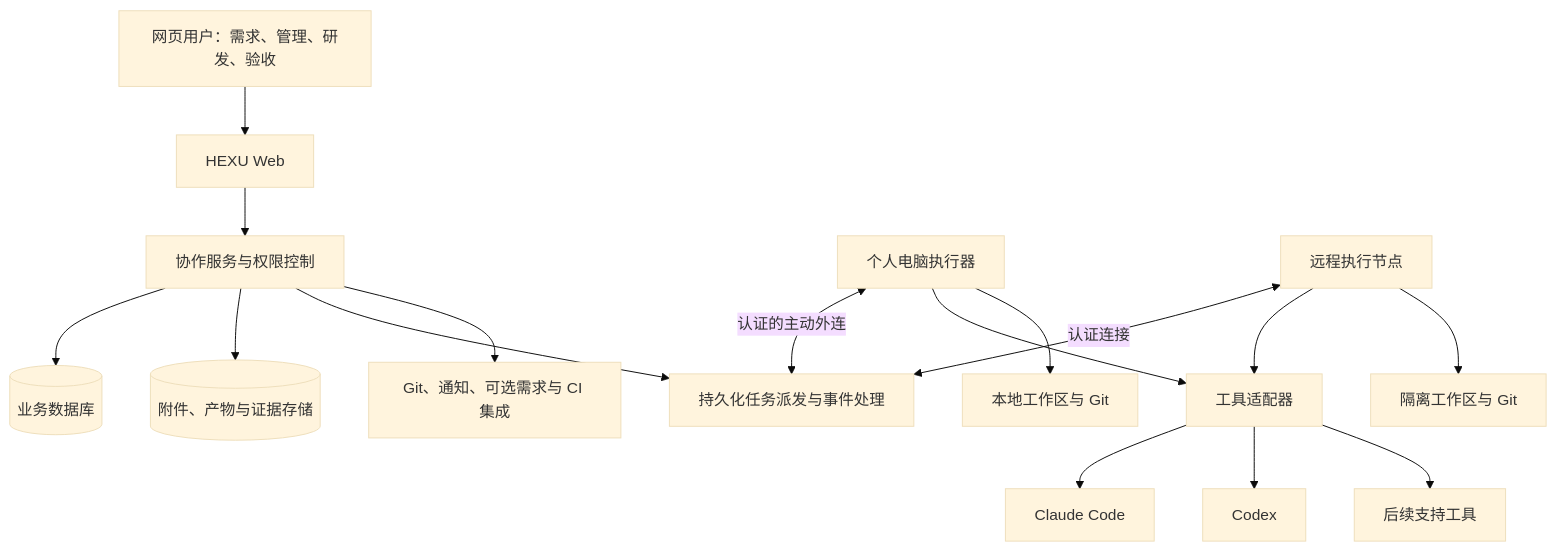
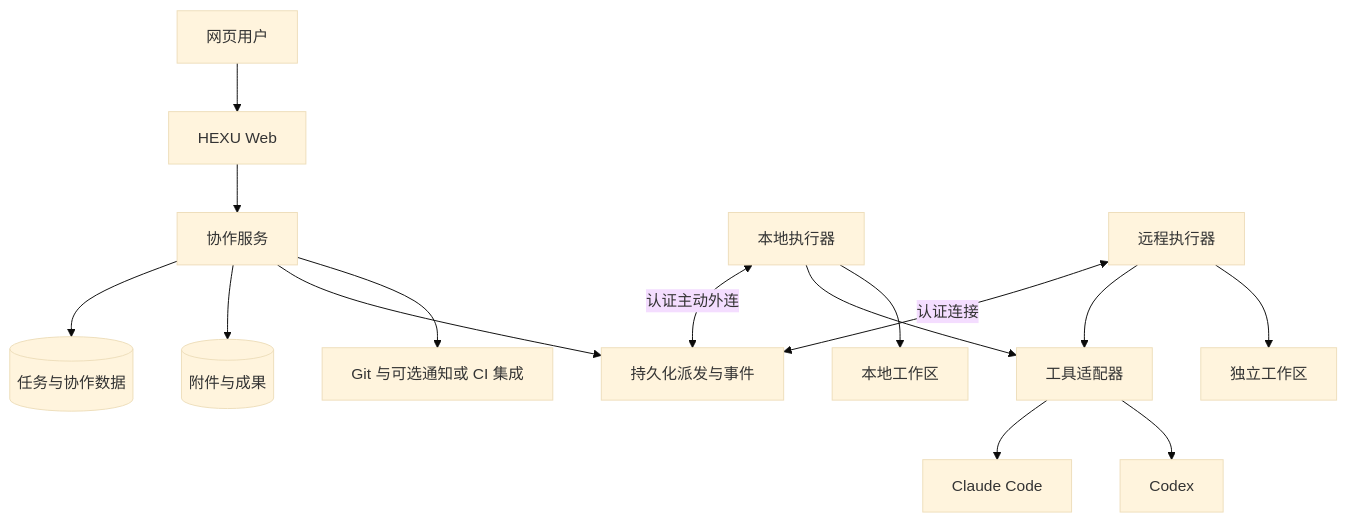
Before and after one commit to ntygod/HEXU: the diagram in docs/product/06-technical-architecture.md, drawn with Mermaid (base theme). The commit also changed other lines of this file, not shown here.

Commit message:
docs: align architecture with lightweight collaboration and optional checks

````diff
--- a/docs/product/06-technical-architecture.md
+++ b/docs/product/06-technical-architecture.md
@@ -16,18 +16,17 @@
 ```mermaid
 flowchart TB
-    U[网页用户：需求、管理、研发、验收] --> W[HEXU Web]
-    W --> C[协作服务与权限控制]
-    C --> DB[(业务数据库)]
-    C --> O[(附件、产物与证据存储)]
-    C --> Q[持久化任务派发与事件处理]
-    L[个人电脑执行器] <-->|认证的主动外连| Q
-    R[远程执行节点] <-->|认证连接| Q
+    U[网页用户] --> W[HEXU Web]
+    W --> C[协作服务]
+    C --> DB[(任务与协作数据)]
+    C --> O[(附件与成果)]
+    C --> Q[持久化派发与事件]
+    L[本地执行器] <-->|认证主动外连| Q
+    R[远程执行器] <-->|认证连接| Q
     L --> A[工具适配器]
     R --> A
     A --> CC[Claude Code]
     A --> CX[Codex]
-    A --> F[后续支持工具]
-    L --> G[本地工作区与 Git]
-    R --> H[隔离工作区与 Git]
-    C --> I[Git、通知、可选需求与 CI 集成]
+    L --> LC[本地工作区]
+    R --> RC[独立工作区]
+    C --> I[Git 与可选通知或 CI 集成]
 ```
````
